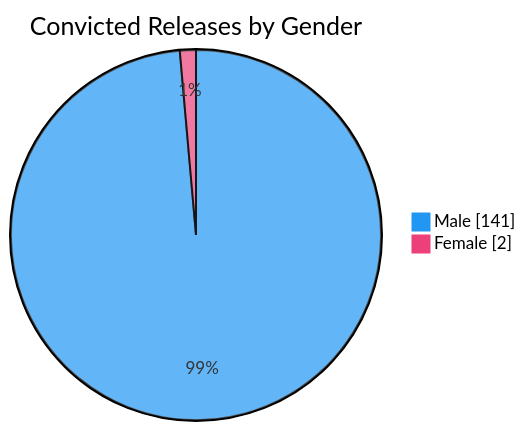
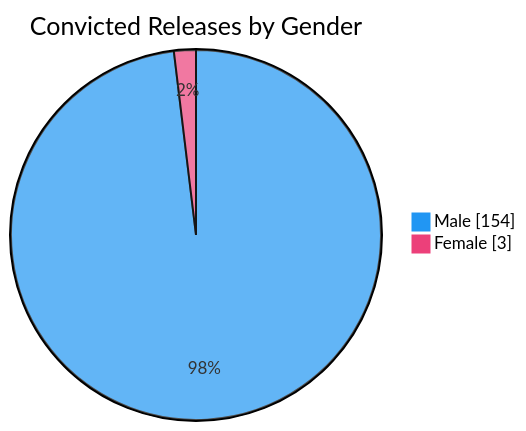
One commit to nuuuwan/lk_prisons changed the sixth of 7 diagrams in README.md. Above: the diagram before and after it, drawn with Mermaid. The commit also changed other lines of this file and 1 other file, not shown here.

````diff
--- a/README.md
+++ b/README.md
@@ -98,6 +98,6 @@
 ```mermaid
 %%{init: {'themeVariables': {'pie1': '#2196F3', 'pie2': '#EC407A'}}}%%
 pie showData title Convicted Releases by Gender
-    "Male" : 141
-    "Female" : 2
+    "Male" : 154
+    "Female" : 3
 ```
````
